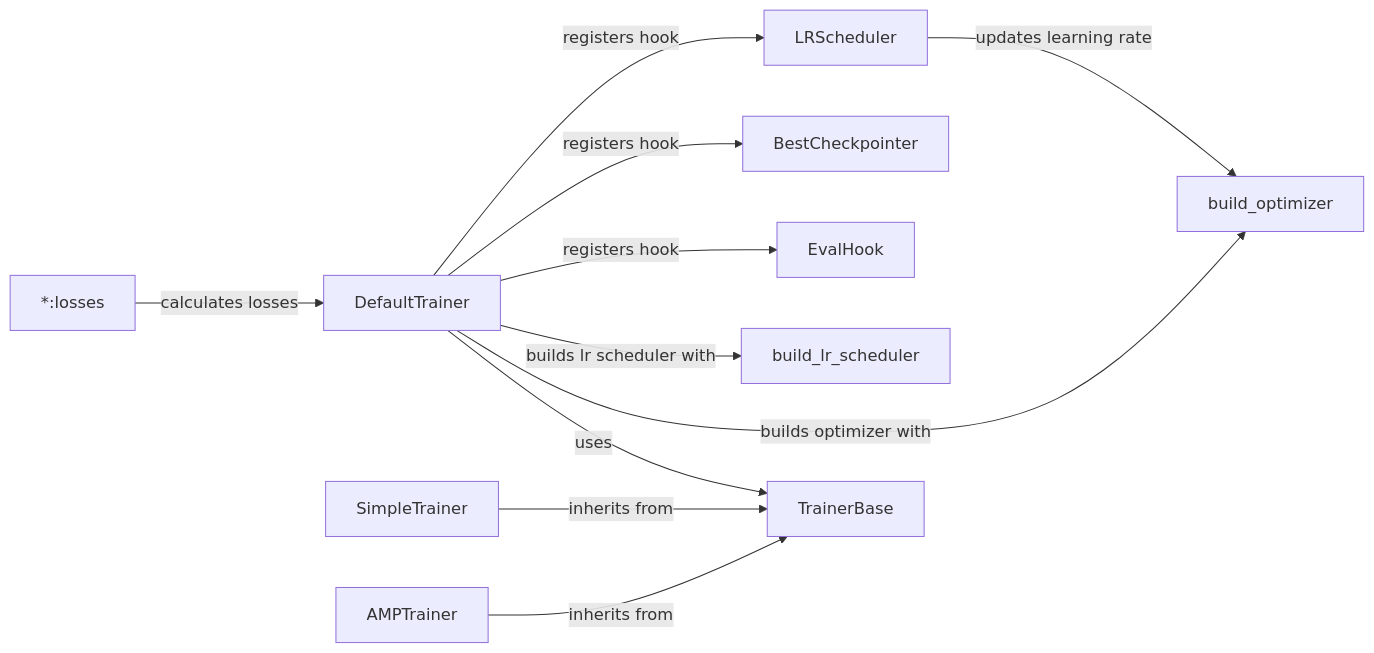
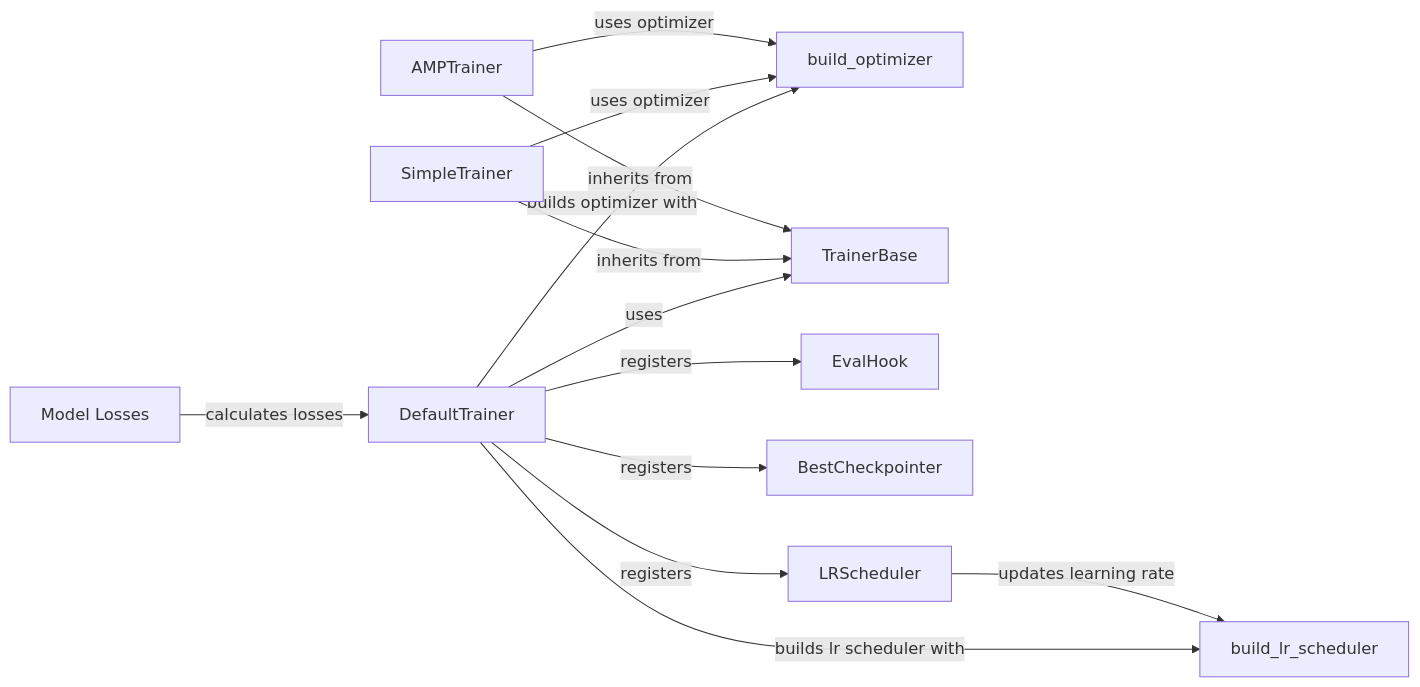
One commit to CodeBoarding/GeneratedOnBoardings changed the diagram in detectron2/Loss and Optimization.md. Above: the diagram before and after it, drawn with Mermaid. The commit also changed other lines of this file and 5 other files, not shown here.

````diff
--- a/detectron2/Loss and Optimization.md
+++ b/detectron2/Loss and Optimization.md
@@ -1,23 +1,25 @@
 ```mermaid
 graph LR
     DefaultTrainer["DefaultTrainer"]
     build_optimizer["build_optimizer"]
     build_lr_scheduler["build_lr_scheduler"]
     TrainerBase["TrainerBase"]
     SimpleTrainer["SimpleTrainer"]
     AMPTrainer["AMPTrainer"]
     EvalHook["EvalHook"]
     BestCheckpointer["BestCheckpointer"]
     LRScheduler["LRScheduler"]
-    _losses["*:losses"]
+    Model_Losses["Model Losses"]
     DefaultTrainer -- "uses" --> TrainerBase
     SimpleTrainer -- "inherits from" --> TrainerBase
     AMPTrainer -- "inherits from" --> TrainerBase
     DefaultTrainer -- "builds optimizer with" --> build_optimizer
     DefaultTrainer -- "builds lr scheduler with" --> build_lr_scheduler
-    _losses -- "calculates losses" --> DefaultTrainer
-    DefaultTrainer -- "registers hook" --> EvalHook
-    DefaultTrainer -- "registers hook" --> BestCheckpointer
-    DefaultTrainer -- "registers hook" --> LRScheduler
-    LRScheduler -- "updates learning rate" --> build_optimizer
+    Model_Losses -- "calculates losses" --> DefaultTrainer
+    DefaultTrainer -- "registers" --> EvalHook
+    DefaultTrainer -- "registers" --> BestCheckpointer
+    DefaultTrainer -- "registers" --> LRScheduler
+    SimpleTrainer -- "uses optimizer" --> build_optimizer
+    AMPTrainer -- "uses optimizer" --> build_optimizer
+    LRScheduler -- "updates learning rate" --> build_lr_scheduler
 ```
````
